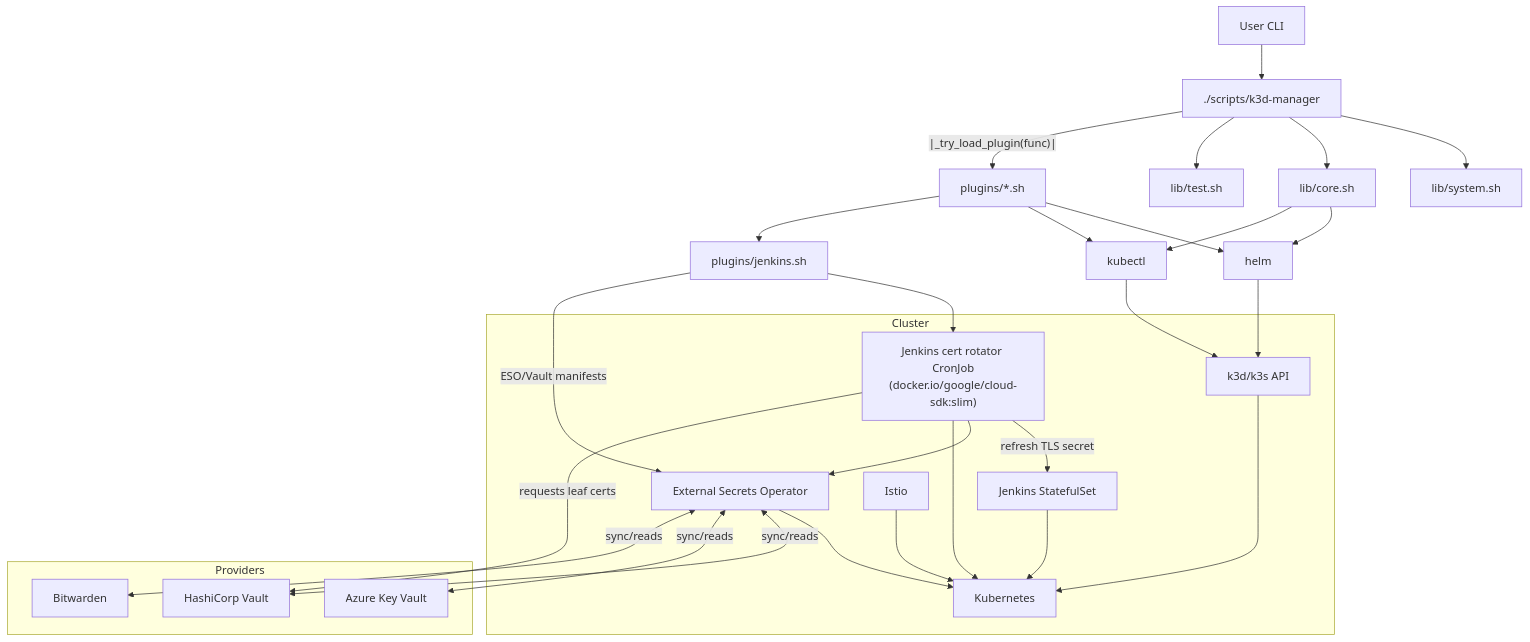
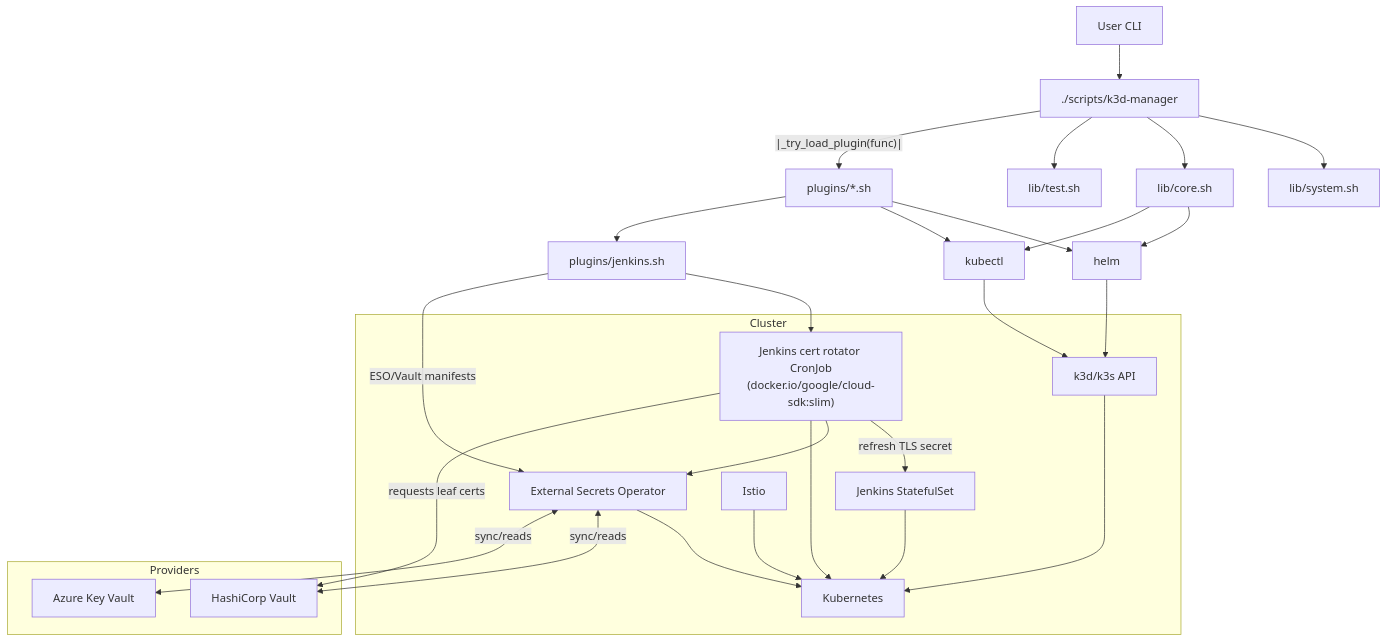
One commit to wilddog64/k3d-manager changed the first of 2 diagrams in README.md. Above: the diagram before and after it, drawn with Mermaid. The commit also changed other lines of this file and 9 other files, not shown here.

First line of the commit message:
k3d-manager: Remove Bitwarden ESO provider support

````diff
--- a/README.md
+++ b/README.md
@@ -224,36 +224,34 @@
 ```mermaid
 graph TD
   U[User CLI] --> KM[./scripts/k3d-manager]
   KM --> SYS[lib/system.sh]
   KM --> CORE[lib/core.sh]
   KM --> TEST[lib/test.sh]
   KM --|_try_load_plugin(func)|--> PLUG[plugins/*.sh]
   PLUG --> HELM[helm]
   PLUG --> KUB[kubectl]
   PLUG --> JPLUG[plugins/jenkins.sh]
   JPLUG --> ROTATOR["Jenkins cert rotator CronJob<br/>(docker.io/google/cloud-sdk:slim)"]
   JPLUG -->|ESO/Vault manifests| ESO
   ROTATOR -->|refresh TLS secret| JENKINS[Jenkins StatefulSet]
   ROTATOR --> ESO
   CORE --> HELM
   CORE --> KUB
   subgraph Cluster
      K3D[k3d/k3s API] --> K8S[Kubernetes]
      ISTIO[Istio] --> K8S
      ESO[External Secrets Operator] --> K8S
      JENKINS --> K8S
      ROTATOR --> K8S
   end
   HELM --> K3D
   KUB --> K3D
 
   subgraph Providers
      VAULT[HashiCorp Vault]
      AZ[Azure Key Vault]
-     BWD[Bitwarden]
   end
   ESO <-- sync/reads --> VAULT
   ESO <-- sync/reads --> AZ
-  ESO <-- sync/reads --> BWD
   ROTATOR -->|requests leaf certs| VAULT
 ```
````
